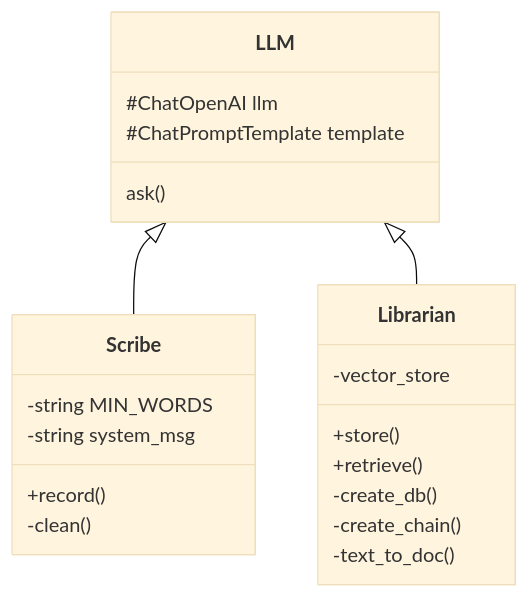
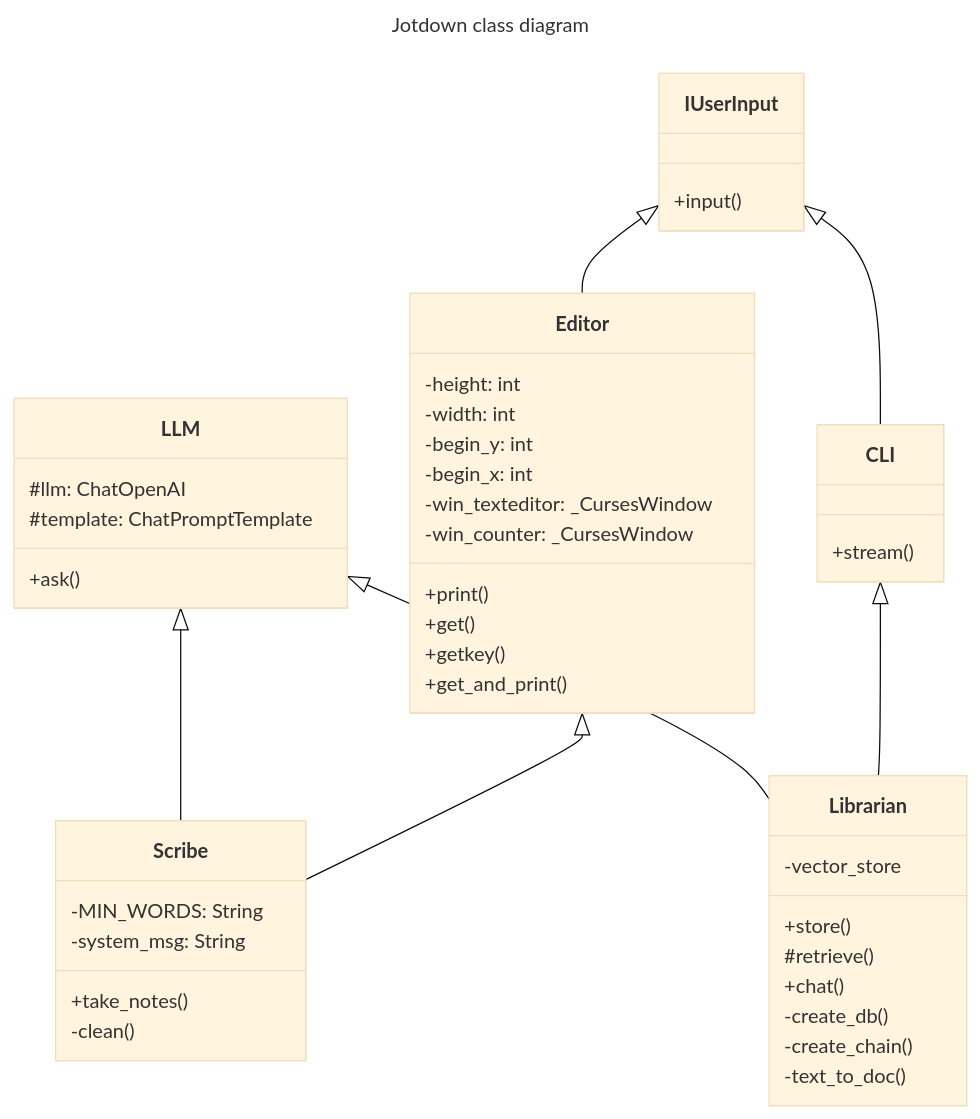
One commit to rurangiza/jotdown changed the diagram in README.md. Above: the diagram before and after it, drawn with Mermaid (base theme). The commit also changed other lines of this file and 1 other file, not shown here.

````diff
--- a/README.md
+++ b/README.md
@@ -27,26 +31,53 @@
 ```mermaid
-
+---
+title: Jotdown class diagram 
+---
 classDiagram
     LLM <|-- Scribe
     LLM <|-- Librarian
-
+    
     class LLM {
-        #ChatOpenAI llm
-        #ChatPromptTemplate template
-        ask()
+        #llm: ChatOpenAI
+        #template: ChatPromptTemplate
+        +ask()
     }
     class Scribe {
-        -string MIN_WORDS
-        -string system_msg
-        +record()
+        -MIN_WORDS: String
+        -system_msg: String
+        +take_notes()
         -clean()
     }
     class Librarian {
+        +store()
+        #retrieve()
+        +chat()
         -vector_store
-        +store()
-        +retrieve()
         -create_db()
         -create_chain()
         -text_to_doc()
     }
+    
+    IUserInput <|-- Editor
+    IUserInput <|-- CLI
+    CLI <|-- Librarian
+    Editor <|-- Scribe
+	  
+    class IUserInput {
+        +input()
+    }
+    class Editor {
+        -height: int
+        -width: int
+        -begin_y: int
+        -begin_x: int
+        -win_texteditor: _CursesWindow
+        -win_counter: _CursesWindow
+        +print()
+        +get()
+        +getkey()
+        +get_and_print()
+    }
+    class CLI {
+        +stream()
+    }
 ```
````
